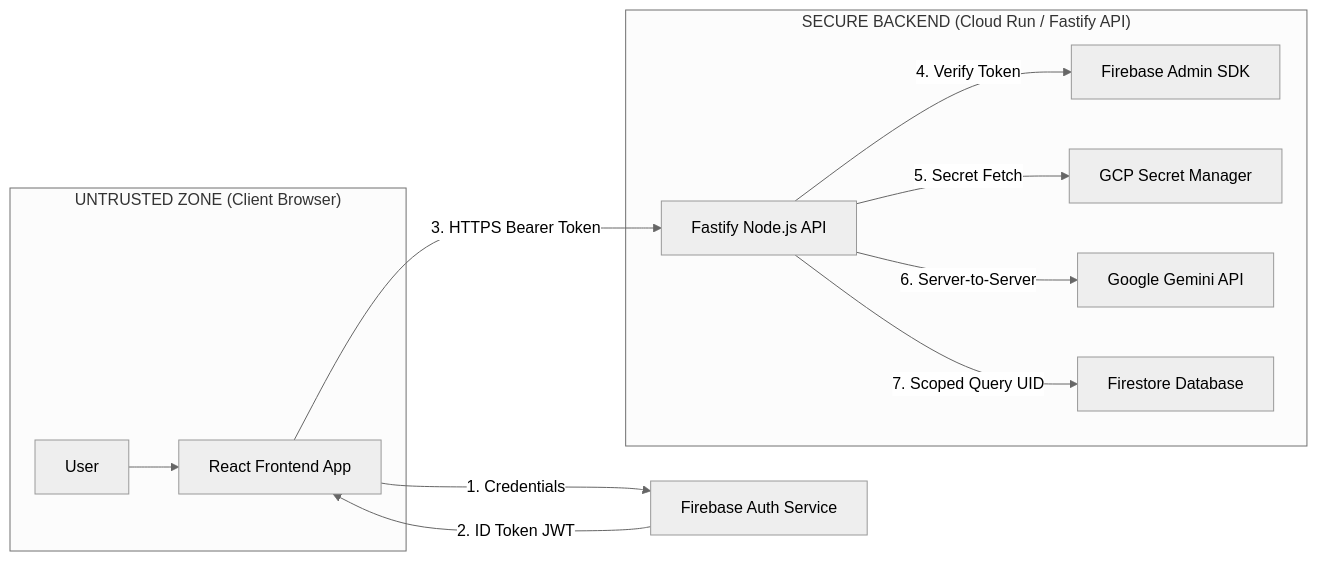
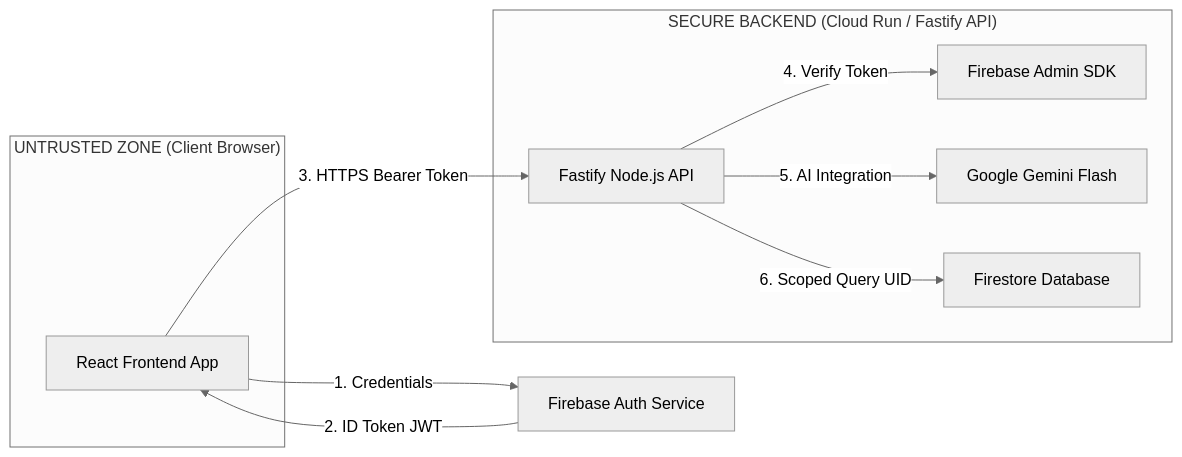
One commit to JAY4IGNITE/MindVault changed the diagram in README.md. Above: the diagram before and after it, drawn with Mermaid (neutral theme). The commit also changed other lines of this file, not shown here.

````diff
--- a/README.md
+++ b/README.md
@@ -11,15 +39,16 @@
 ```mermaid
 graph LR
   subgraph "UNTRUSTED ZONE (Client Browser)"
-    User --> ReactApp[React Frontend App]
+    ReactApp[React Frontend App]
   end
+  
   ReactApp -->|1. Credentials| FirebaseAuth[Firebase Auth Service]
   FirebaseAuth -->|2. ID Token JWT| ReactApp
+  
   subgraph "SECURE BACKEND (Cloud Run / Fastify API)"
     ReactApp -->|3. HTTPS Bearer Token| API[Fastify Node.js API]
     API -->|4. Verify Token| AuthMiddleware[Firebase Admin SDK]
-    API -->|5. Secret Fetch| GSM[GCP Secret Manager]
-    API -->|6. Server-to-Server| GeminiAPI[Google Gemini API]
-    API -->|7. Scoped Query UID| Firestore[Firestore Database]
+    API -->|5. AI Integration| GeminiAPI[Google Gemini Flash]
+    API -->|6. Scoped Query UID| Firestore[Firestore Database]
   end
 ```
````
